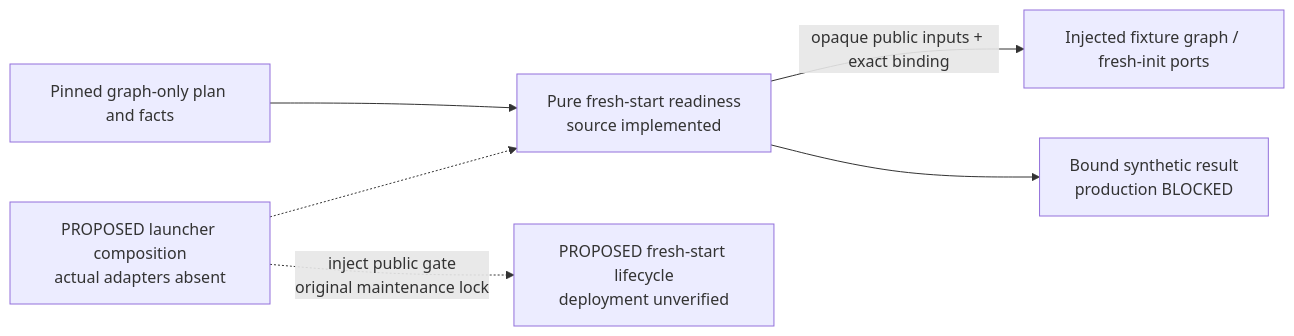
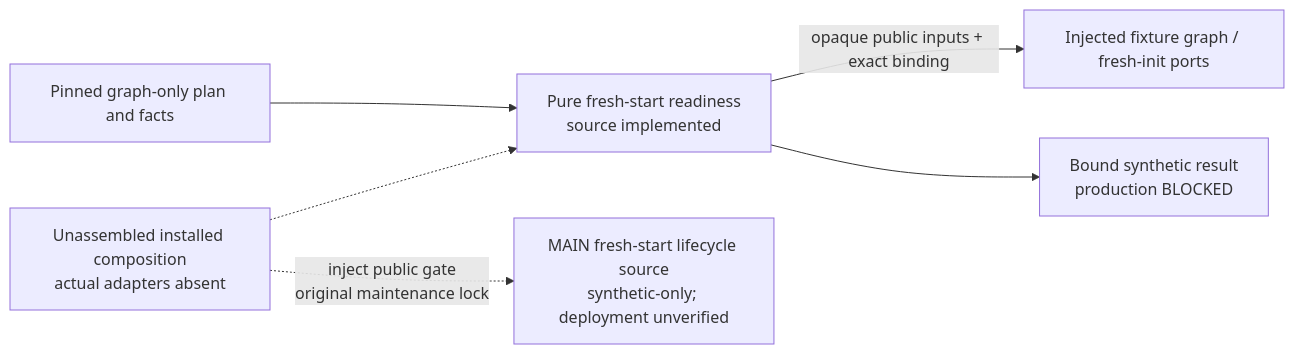
Before and after one commit to aaweaver-actuary/tempo: the diagram in docs/architecture/study-first-reduction-2026-10-21/launcher-readiness/README.md, drawn with Mermaid. The commit also changed other lines of this file and 19 other files, not shown here.

````diff
--- a/docs/architecture/study-first-reduction-2026-10-21/launcher-readiness/README.md
+++ b/docs/architecture/study-first-reduction-2026-10-21/launcher-readiness/README.md
@@ -134,8 +135,8 @@
 ```mermaid
 flowchart LR
   Inputs["Pinned graph-only plan and facts"] --> Gate["Pure fresh-start readiness\nsource implemented"]
   Gate -->|"opaque public inputs + exact binding"| Ports["Injected fixture graph / fresh-init ports"]
   Gate --> Result["Bound synthetic result\nproduction BLOCKED"]
-  Root["PROPOSED launcher composition\nactual adapters absent"] -.-> Gate
-  Root -.->|"inject public gate\noriginal maintenance lock"| Lifecycle["PROPOSED fresh-start lifecycle\ndeployment unverified"]
+  Root["Unassembled installed composition\nactual adapters absent"] -.-> Gate
+  Root -.->|"inject public gate\noriginal maintenance lock"| Lifecycle["MAIN fresh-start lifecycle source\nsynthetic-only; deployment unverified"]
 ```
````
